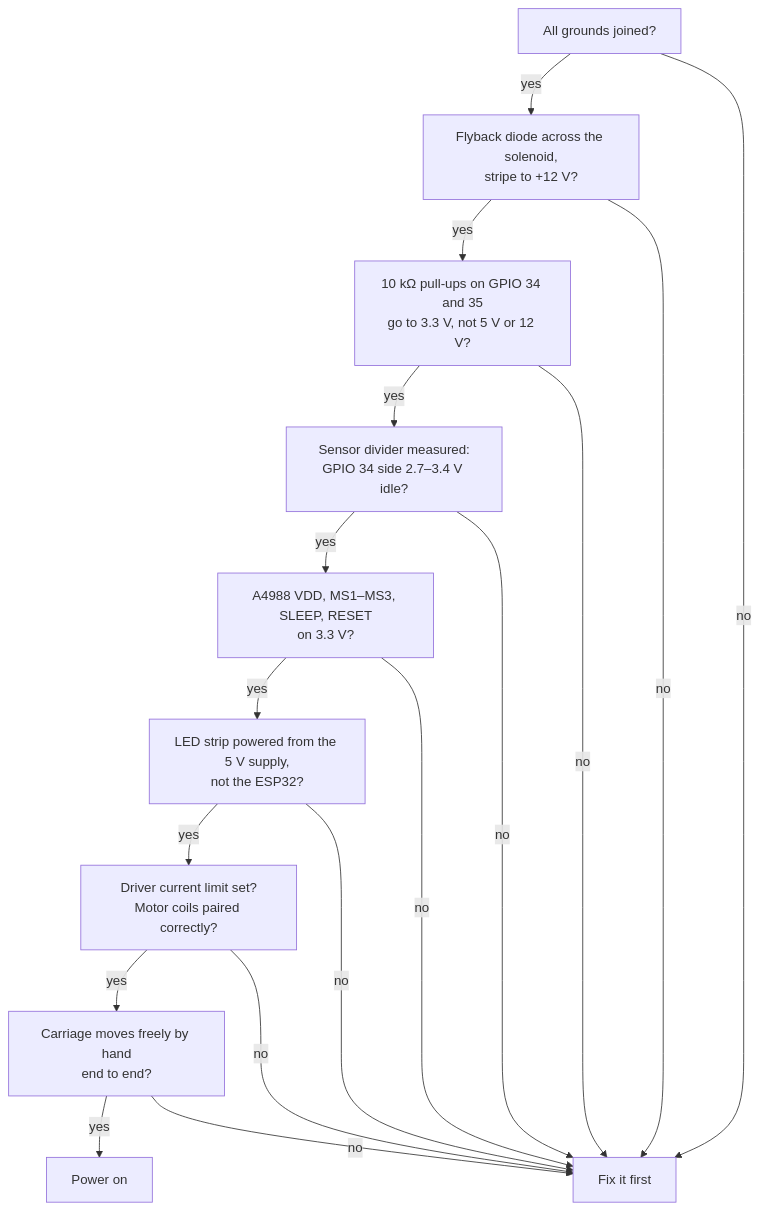
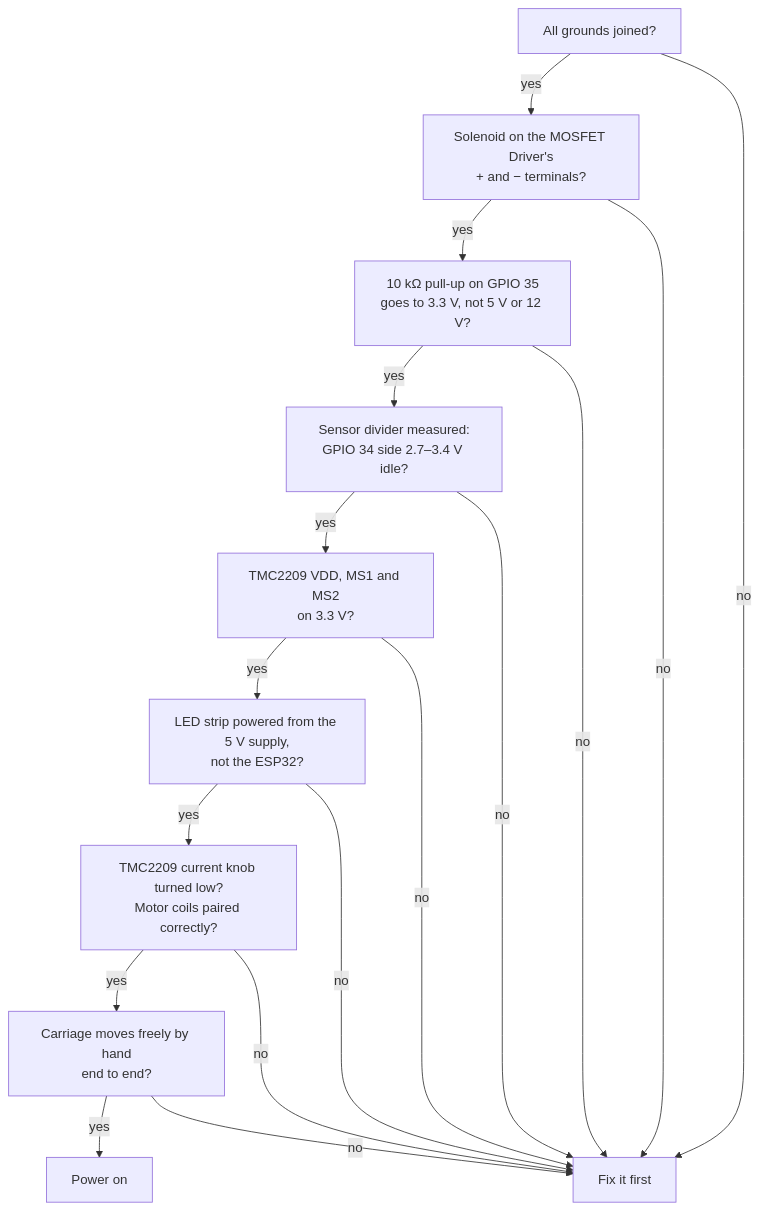
Before and after one commit to gilrvrv-design/Duet: the second of 9 diagrams in docs/rig-guide.md, drawn with Mermaid. The commit also changed other lines of this file and 2 other files, not shown here.

````diff
--- a/docs/rig-guide.md
+++ b/docs/rig-guide.md
@@ -107,19 +138,19 @@
 ```mermaid
 flowchart TD
-    a["All grounds joined?"] -->|"yes"| b["Flyback diode across the solenoid,<br/>stripe to +12 V?"]
-    b -->|"yes"| c["10 kΩ pull-ups on GPIO 34 and 35<br/>go to 3.3 V, not 5 V or 12 V?"]
+    a["All grounds joined?"] -->|"yes"| b["Solenoid on the MOSFET Driver's<br/>+ and − terminals?"]
+    b -->|"yes"| c["10 kΩ pull-up on GPIO 35<br/>goes to 3.3 V, not 5 V or 12 V?"]
     c -->|"yes"| c2["Sensor divider measured:<br/>GPIO 34 side 2.7–3.4 V idle?"]
-    c2 -->|"yes"| c3["A4988 VDD, MS1–MS3, SLEEP, RESET<br/>on 3.3 V?"]
+    c2 -->|"yes"| c3["TMC2209 VDD, MS1 and MS2<br/>on 3.3 V?"]
     c3 -->|"yes"| d["LED strip powered from the 5 V supply,<br/>not the ESP32?"]
-    d -->|"yes"| e["Driver current limit set?<br/>Motor coils paired correctly?"]
+    d -->|"yes"| e["TMC2209 current knob turned low?<br/>Motor coils paired correctly?"]
     e -->|"yes"| f["Carriage moves freely by hand<br/>end to end?"]
     f -->|"yes"| go["Power on"]
     a -->|"no"| fix["Fix it first"]
     b -->|"no"| fix
     c -->|"no"| fix
     c2 -->|"no"| fix
     c3 -->|"no"| fix
     d -->|"no"| fix
     e -->|"no"| fix
     f -->|"no"| fix
 ```
````
